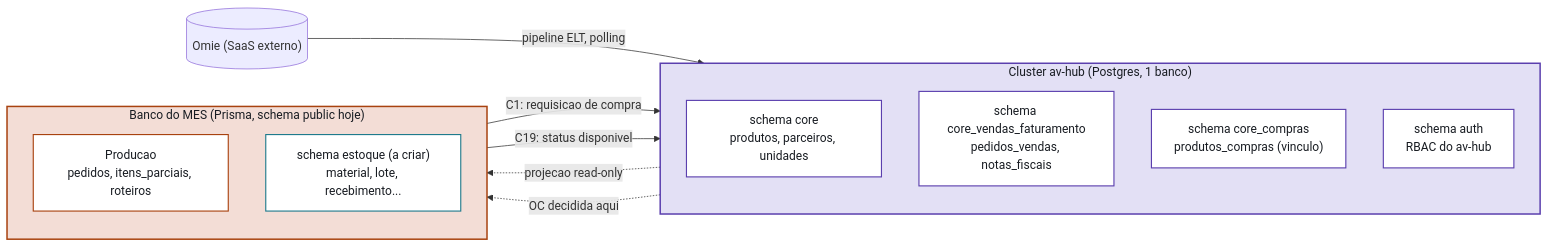
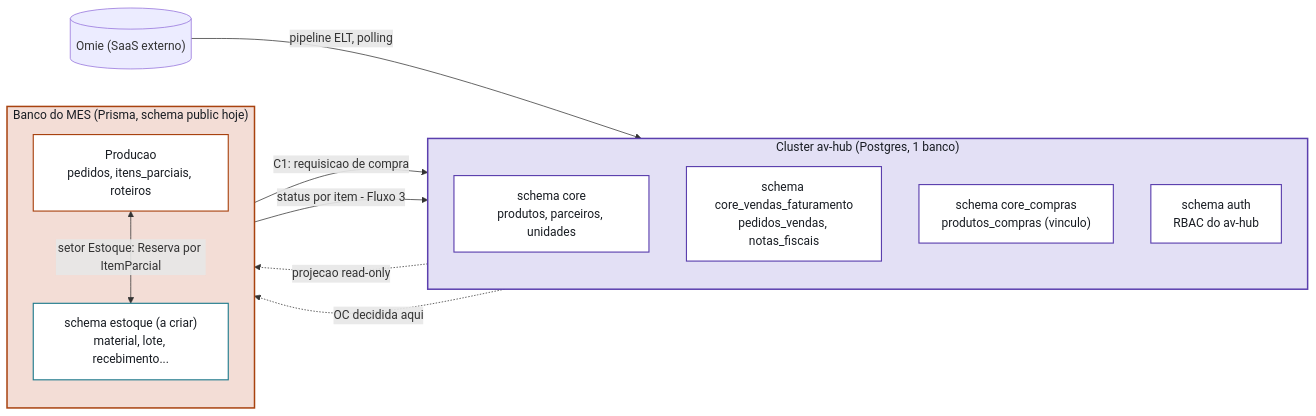
One commit to Acosvital/vault-avhub-mer changed diagram 27 of 28 in 04-Arquitetura-Transversal/Diagramas-UML.md. Above: the diagram before and after it, drawn with Mermaid. The commit also changed other lines of this file and 36 other files, not shown here.

First line of the commit message:
Encaixe do Estoque e da Revenda no fluxo do PCP (MES)

````diff
--- a/04-Arquitetura-Transversal/Diagramas-UML.md
+++ b/04-Arquitetura-Transversal/Diagramas-UML.md
@@ -1534,33 +1599,34 @@
 ```mermaid
 flowchart LR
     subgraph AVHUB["Cluster av-hub (Postgres, 1 banco)"]
         direction TB
         CORE["schema core<br>produtos, parceiros, unidades"]
         VENDAS["schema core_vendas_faturamento<br>pedidos_vendas, notas_fiscais"]
         COMPRAS["schema core_compras<br>produtos_compras (vinculo)"]
         AUTH["schema auth<br>RBAC do av-hub"]
     end
 
     subgraph MES["Banco do MES (Prisma, schema public hoje)"]
         direction TB
         PROD["Producao<br>pedidos, itens_parciais, roteiros"]
         ESTOQUEDB["schema estoque (a criar)<br>material, lote, recebimento..."]
     end
 
     OMIE[("Omie (SaaS externo)")]
 
     OMIE -->|pipeline ELT, polling| VENDAS
     CORE -.projecao read-only.-> ESTOQUEDB
     COMPRAS -.OC decidida aqui.-> ESTOQUEDB
     PROD -->|"C1: requisicao de compra"| COMPRAS
-    ESTOQUEDB -->|"C19: status disponivel"| VENDAS
+    ESTOQUEDB -->|"status por item - Fluxo 3"| VENDAS
+    PROD <-->|"setor Estoque: Reserva por ItemParcial"| ESTOQUEDB
 
     style AVHUB fill:#e3e0f5,stroke:#5b3fae,stroke-width:2px,color:#181c22
     style MES fill:#f3ddd6,stroke:#a8420f,stroke-width:2px,color:#181c22
     style CORE fill:#ffffff,stroke:#5b3fae,stroke-width:1.5px,color:#181c22
     style VENDAS fill:#ffffff,stroke:#5b3fae,stroke-width:1.5px,color:#181c22
     style COMPRAS fill:#ffffff,stroke:#5b3fae,stroke-width:1.5px,color:#181c22
     style AUTH fill:#ffffff,stroke:#5b3fae,stroke-width:1.5px,color:#181c22
     style PROD fill:#ffffff,stroke:#a8420f,stroke-width:1.5px,color:#181c22
     style ESTOQUEDB fill:#ffffff,stroke:#1f7a8c,stroke-width:1.5px,color:#181c22
 ```
````
